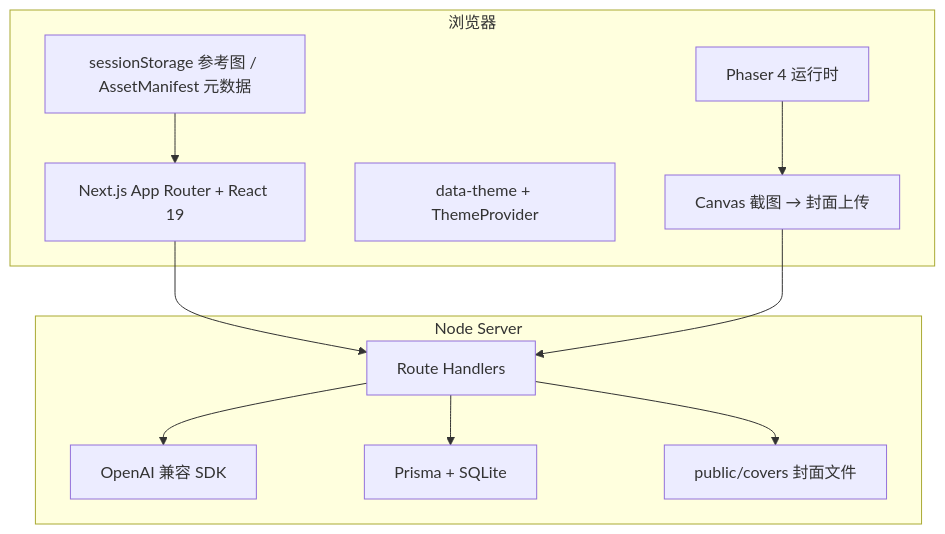
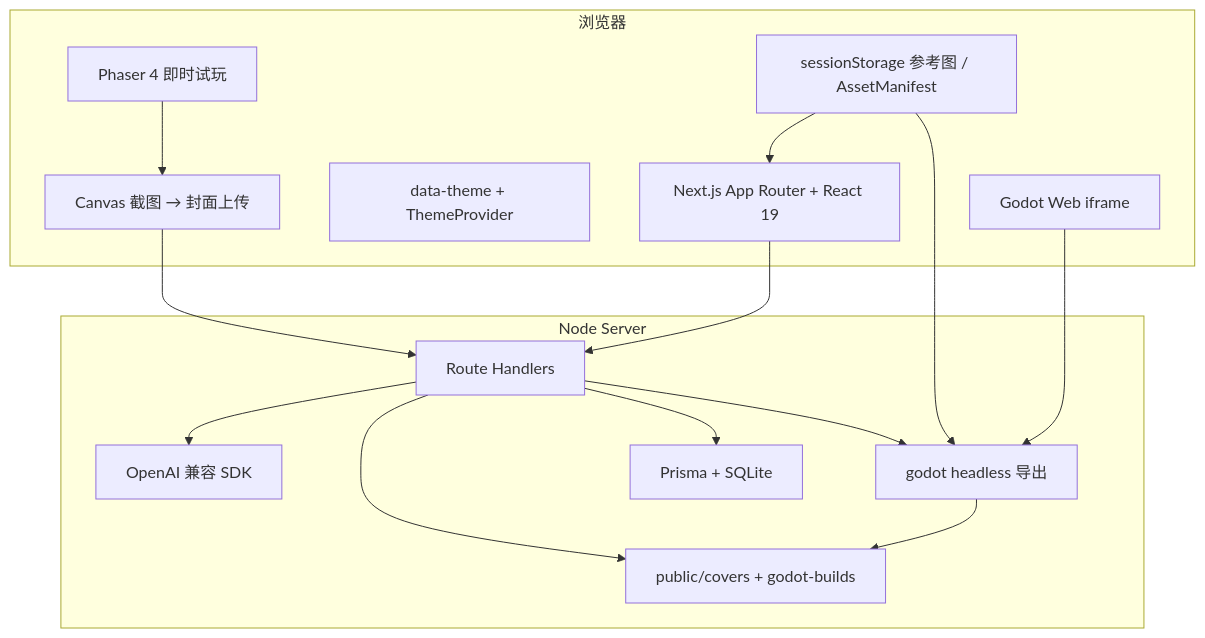
One commit to gaogg521/1one-game changed the first of 2 diagrams in docs/ai-handoff-architecture-cn.md. Above: the diagram before and after it, drawn with Mermaid. The commit also changed other lines of this file and 235 other files, not shown here.

````diff
--- a/docs/ai-handoff-architecture-cn.md
+++ b/docs/ai-handoff-architecture-cn.md
@@ -36,23 +37,29 @@
 ```mermaid
 flowchart TB
   subgraph Client [浏览器]
     UI[Next.js App Router + React 19]
     Theme[data-theme + ThemeProvider]
-    Phaser[Phaser 4 运行时]
+    Phaser[Phaser 4 即时试玩]
+    GodotTab[Godot Web iframe]
     Cap[Canvas 截图 → 封面上传]
-    Session[sessionStorage 参考图 / AssetManifest 元数据]
+    Session[sessionStorage 参考图 / AssetManifest]
   end
   subgraph Server [Node Server]
     API[Route Handlers]
     OAI[OpenAI 兼容 SDK]
+    GodotExport[godot headless 导出]
     Prisma[Prisma + SQLite]
-    FS[public/covers 封面文件]
+    FS[public/covers + godot-builds]
   end
   UI --> API
   Phaser --> Cap
+  GodotTab --> GodotExport
   Session --> UI
+  Session --> GodotExport
   Cap --> API
   API --> OAI
+  API --> GodotExport
+  GodotExport --> FS
   API --> Prisma
   API --> FS
 ```
````
